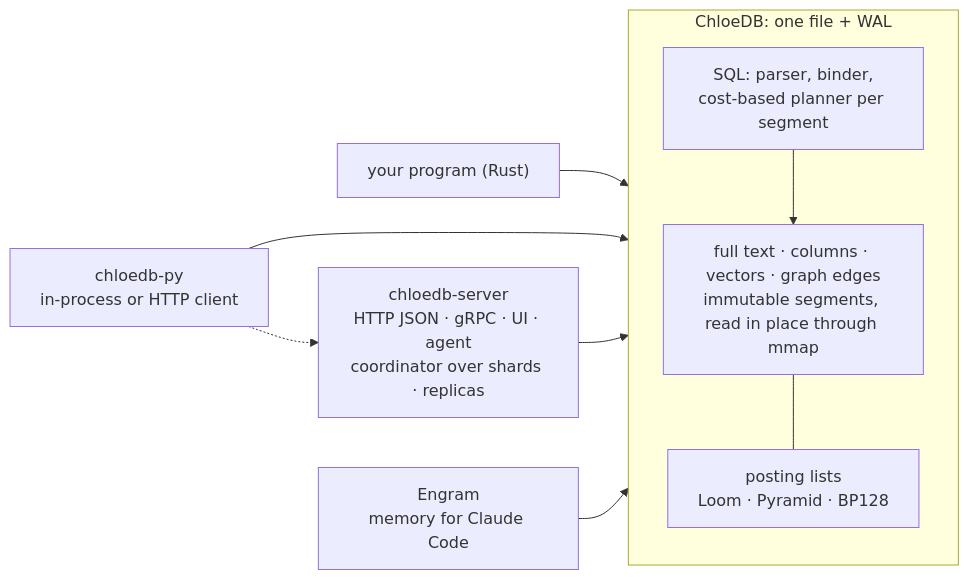
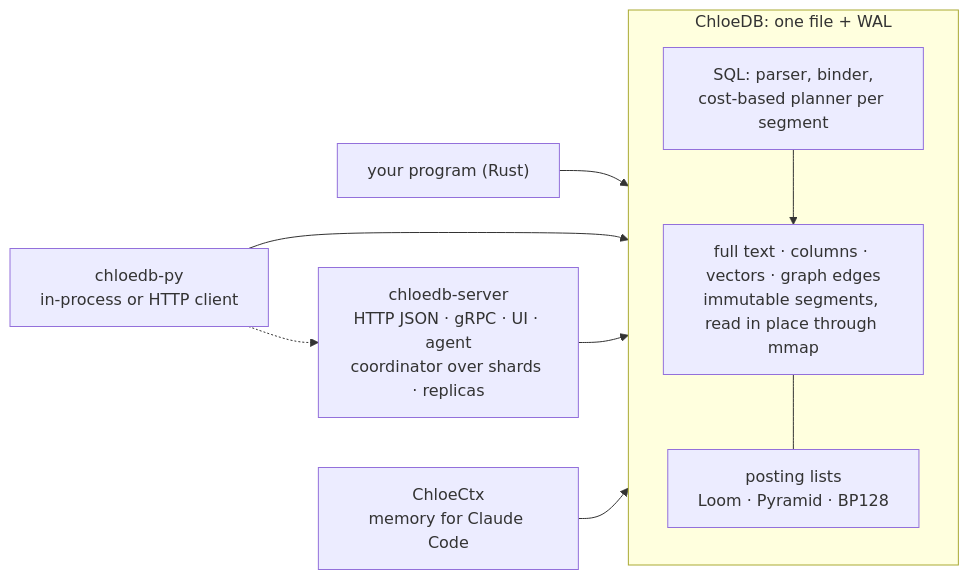
The first of 2 diagrams in docs/README.md (chloetech-ai/chloedb), drawn with Mermaid before and after one commit. The commit also changed other lines of this file and 1087 other files, not shown here.

First line of the commit message:
Rename Engram to ChloeCtx: move the folder, the crate and the programs (scripted)

````diff
--- a/docs/README.md
+++ b/docs/README.md
@@ -49,13 +49,13 @@
 ```mermaid
 flowchart LR
     subgraph lib["ChloeDB: one file + WAL"]
         direction TB
         sql["SQL: parser, binder,<br/>cost-based planner per segment"] --> idx["full text · columns · vectors · graph edges<br/>immutable segments, read in place through mmap"]
         idx --- pl["posting lists<br/>Loom · Pyramid · BP128"]
     end
     app["your program (Rust)"] --> lib
     py["chloedb-py<br/>in-process or HTTP client"] --> lib
     py -.-> srv
     srv["chloedb-server<br/>HTTP JSON · gRPC · UI · agent<br/>coordinator over shards · replicas"] --> lib
-    engram["Engram<br/>memory for Claude Code"] --> lib
+    engram["ChloeCtx<br/>memory for Claude Code"] --> lib
 ```
````
